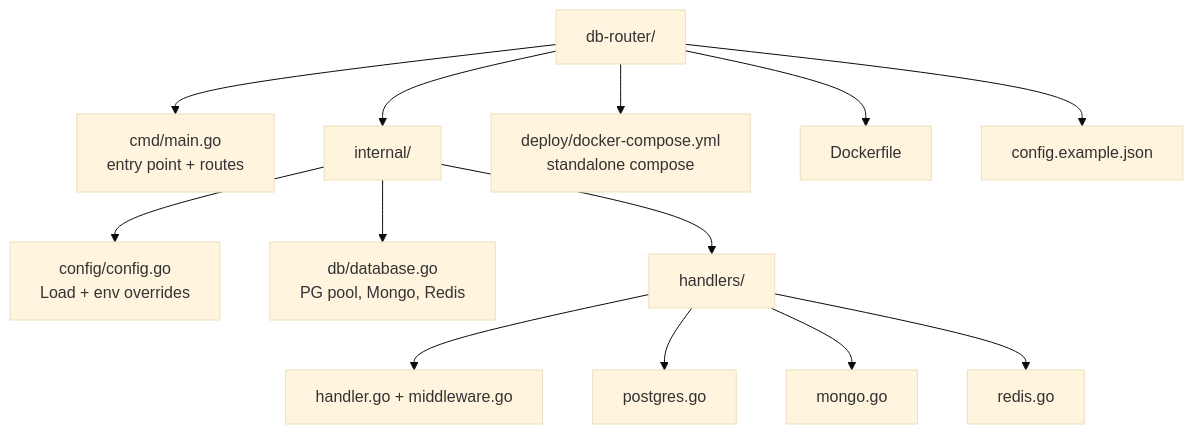
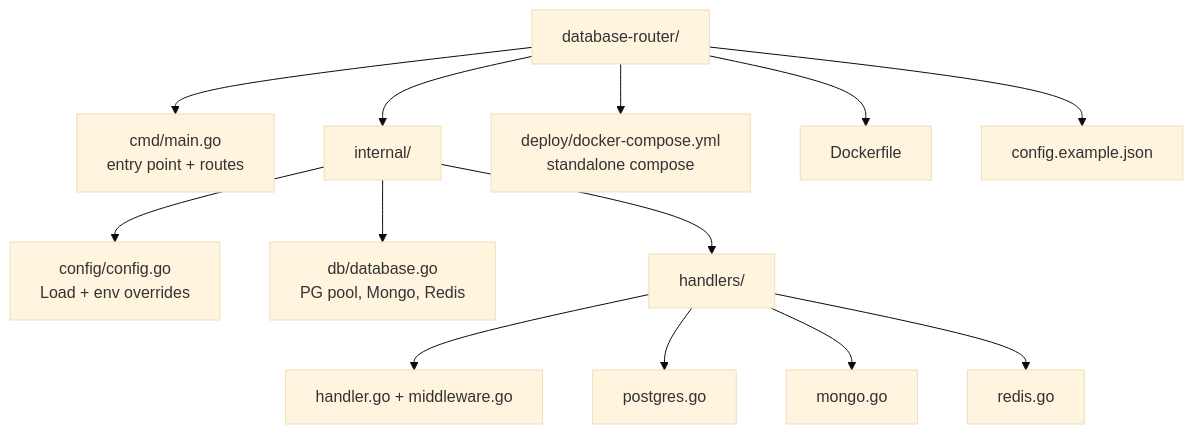
Before and after one commit to Xeze-org/Database-Router: the second of 2 diagrams in README.md, drawn with Mermaid (base theme). The commit also changed other lines of this file, not shown here.

Commit message:
fix: Update README to reflect repository name change from db-router to database-router

````diff
--- a/README.md
+++ b/README.md
@@ -124,18 +124,18 @@
 ```mermaid
 flowchart TD
-    root[db-router/]
+    root[database-router/]
     root --> cmd[cmd/main.go\nentry point + routes]
     root --> internal[internal/]
     root --> deploy[deploy/docker-compose.yml\nstandalone compose]
     root --> dockerfile[Dockerfile]
     root --> config[config.example.json]
 
     internal --> cfg[config/config.go\nLoad + env overrides]
     internal --> db[db/database.go\nPG pool, Mongo, Redis]
     internal --> h[handlers/]
 
     h --> hh[handler.go + middleware.go]
     h --> hpg[postgres.go]
     h --> hmg[mongo.go]
     h --> hrd[redis.go]
 ```
````
